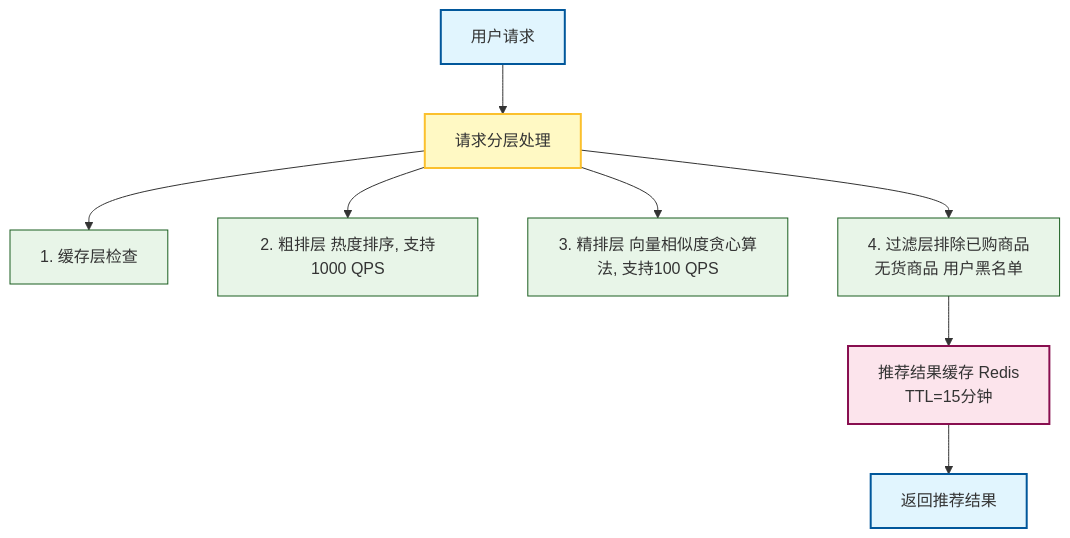
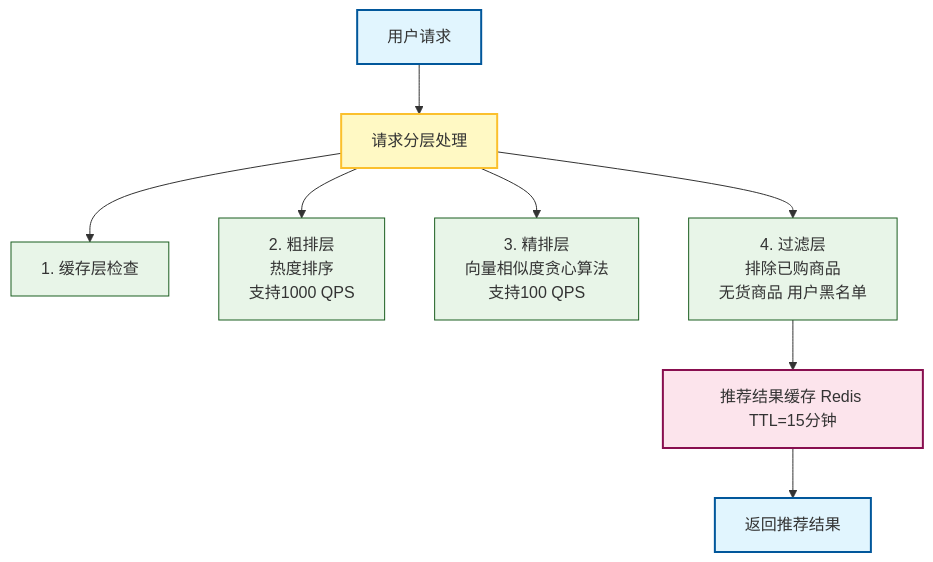
One commit to microwind/algorithms changed the seventh of 13 diagrams in start-here/AI-Era-Programmers-as-System-Design-Engineers.md. Above: the diagram before and after it, drawn with Mermaid. The commit also changed other lines of this file and 3 other files, not shown here.

````diff
--- a/start-here/AI-Era-Programmers-as-System-Design-Engineers.md
+++ b/start-here/AI-Era-Programmers-as-System-Design-Engineers.md
@@ -604,21 +605,21 @@
 ```mermaid
 flowchart TD
     A[用户请求] --> B[请求分层处理]
     
     B --> B1[1. 缓存层检查]
-    B --> B2[2. 粗排层 热度排序, 支持1000 QPS]
-    B --> B3[3. 精排层 向量相似度贪心算法, 支持100 QPS]
-    B --> B4[4. 过滤层排除已购商品<br>无货商品 用户黑名单]
+    B --> B2[2. 粗排层<br>热度排序<br>支持1000 QPS]
+    B --> B3[3. 精排层<br>向量相似度贪心算法<br>支持100 QPS]
+    B --> B4[4. 过滤层<br>排除已购商品<br>无货商品 用户黑名单]
 
-    B4 --> C[推荐结果缓存 Redis<br>TTL=15分钟]
+    B4 --> C[推荐结果缓存 Redis TTL=15分钟]
     C --> D[返回推荐结果]
 
     style A fill:#e1f5fe,stroke:#01579b,stroke-width:2px
     style B fill:#fff9c4,stroke:#fbc02d,stroke-width:2px
     style B1 fill:#e8f5e8,stroke:#1b5e20
     style B2 fill:#e8f5e8,stroke:#1b5e20
     style B3 fill:#e8f5e8,stroke:#1b5e20
     style B4 fill:#e8f5e8,stroke:#1b5e20
     style C fill:#fce4ec,stroke:#880e4f,stroke-width:2px
     style D fill:#e1f5fe,stroke:#01579b,stroke-width:2px
 ```
````
